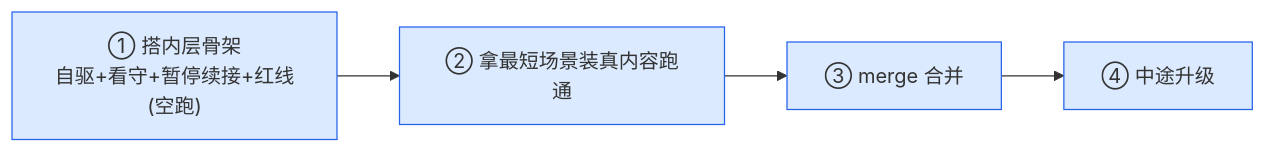
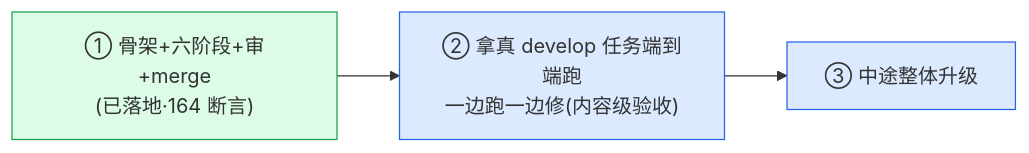
The tenth of 10 diagrams in plugin2/OVERVIEW.md (chancheuklap/multi-model-workflow), drawn with Mermaid before and after one commit. The commit also changed other lines of this file and 1 other file, not shown here.

````diff
--- a/plugin2/OVERVIEW.md
+++ b/plugin2/OVERVIEW.md
@@ -437,5 +443,6 @@
 ```mermaid
 flowchart LR
-    N1["① 搭内层骨架<br/>自驱+看守+暂停续接+红线(空跑)"]:::nx --> N2["② 拿最短场景装真内容跑通"]:::nx --> N3["③ merge 合并"]:::nx --> N4["④ 中途升级"]:::nx
+    N1["① 骨架+六阶段+审+merge<br/>(已落地·164 断言)"]:::done --> N2["② 拿真 develop 任务端到端跑<br/>一边跑一边修(内容级验收)"]:::nx --> N3["③ 中途整体升级"]:::nx
+    classDef done fill:#dcfce7,stroke:#16a34a
     classDef nx fill:#dbeafe,stroke:#2563eb
 ```
````
